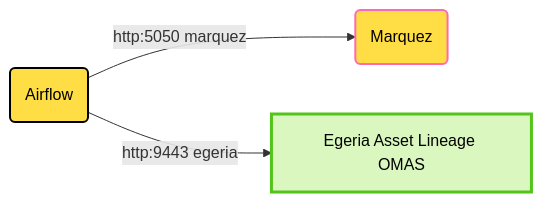
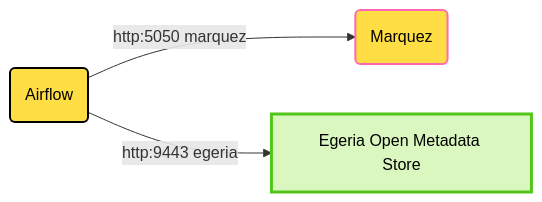
The diagram in compose-configs/optional-associated-runtimes/airflow-marquez/README.md (odpi/egeria-workspaces), drawn with Mermaid before and after one commit. The commit also changed other lines of this file and 601 other files, not shown here.

````diff
--- a/compose-configs/optional-associated-runtimes/airflow-marquez/README.md
+++ b/compose-configs/optional-associated-runtimes/airflow-marquez/README.md
@@ -21,8 +25,8 @@
 ```mermaid
 flowchart LR
     A(Airflow) -->|http:5050 marquez| B(Marquez)
-    A -->|http:9443 egeria| C[Egeria Asset Lineage OMAS]
+    A -->|http:9443 egeria| C[Egeria Open Metadata Store]
 style A fill:#FFDD44,stroke:#000000,stroke-width:2px,color:#000000
 style B fill:#FFDD44,stroke:#FF69B4,stroke-width:2px,color:#000000
 style C fill:#D9F7BE,stroke:#52C41A,stroke-width:3px,color:#000000
 ```
````
